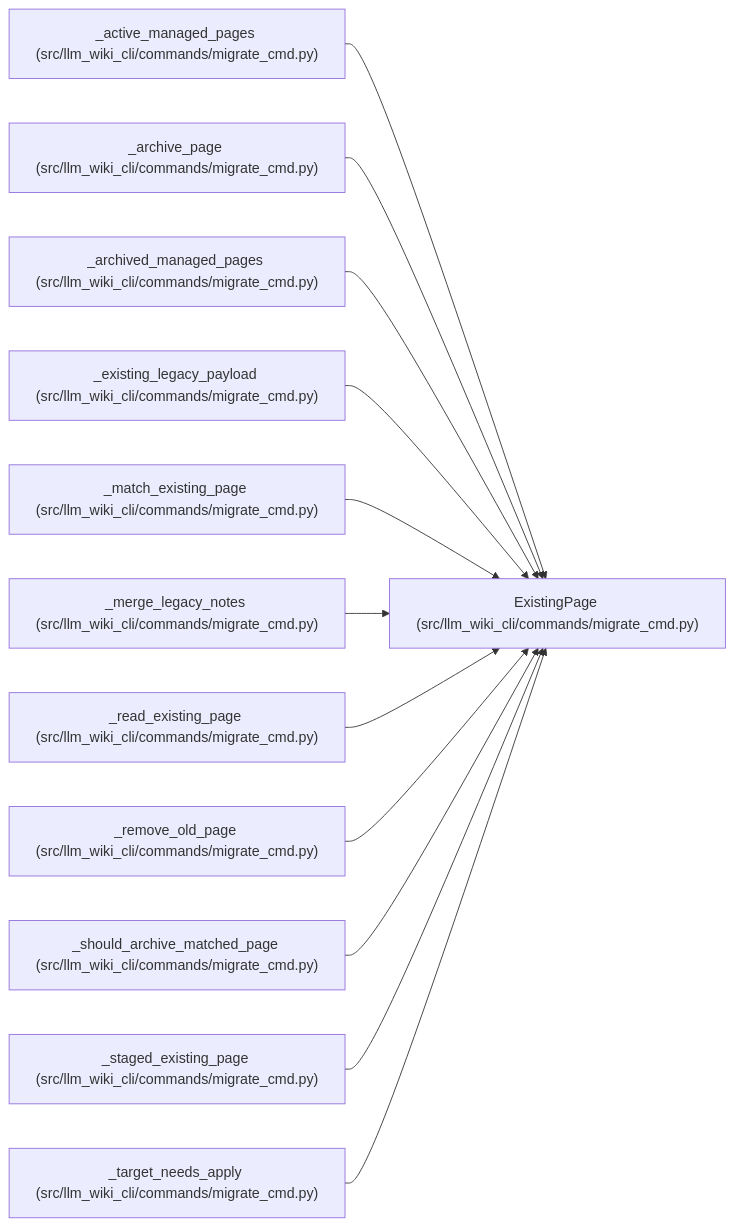
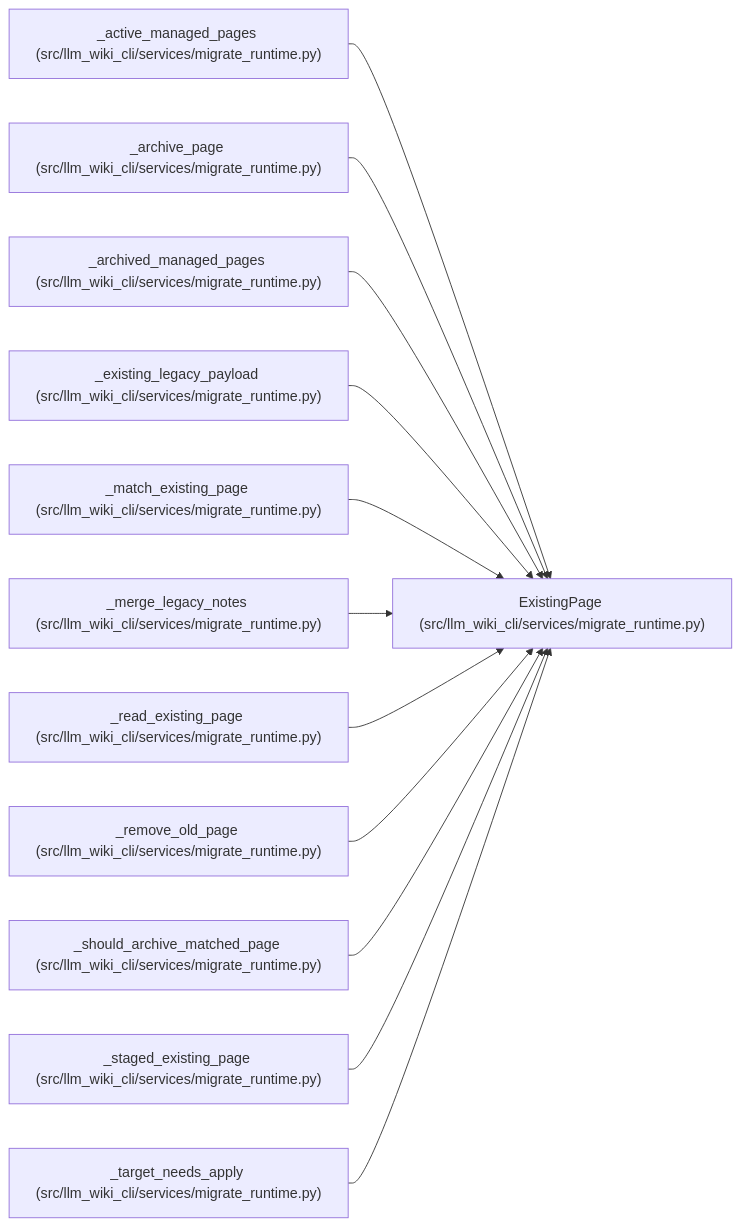
The diagram in docs/llm_wiki/entities/ExistingPage.md (Denissvgn/python-wiki-llm), drawn with Mermaid before and after one commit. The commit also changed other lines of this file and 1555 other files, not shown here.

````diff
--- a/docs/llm_wiki/entities/ExistingPage.md
+++ b/docs/llm_wiki/entities/ExistingPage.md
@@ -36,38 +36,38 @@
 ```mermaid
 flowchart LR
-    n0["ExistingPage (src/llm_wiki_cli/commands/migrate_cmd.py)"]
-    n1["_active_managed_pages (src/llm_wiki_cli/commands/migrate_cmd.py)"]
-    n2["_archive_page (src/llm_wiki_cli/commands/migrate_cmd.py)"]
-    n3["_archived_managed_pages (src/llm_wiki_cli/commands/migrate_cmd.py)"]
-    n4["_existing_legacy_payload (src/llm_wiki_cli/commands/migrate_cmd.py)"]
-    n5["_match_existing_page (src/llm_wiki_cli/commands/migrate_cmd.py)"]
-    n6["_merge_legacy_notes (src/llm_wiki_cli/commands/migrate_cmd.py)"]
-    n7["_read_existing_page (src/llm_wiki_cli/commands/migrate_cmd.py)"]
-    n8["_remove_old_page (src/llm_wiki_cli/commands/migrate_cmd.py)"]
-    n9["_should_archive_matched_page (src/llm_wiki_cli/commands/migrate_cmd.py)"]
-    n10["_staged_existing_page (src/llm_wiki_cli/commands/migrate_cmd.py)"]
-    n11["_target_needs_apply (src/llm_wiki_cli/commands/migrate_cmd.py)"]
+    n0["ExistingPage (src/llm_wiki_cli/services/migrate_runtime.py)"]
+    n1["_active_managed_pages (src/llm_wiki_cli/services/migrate_runtime.py)"]
+    n2["_archive_page (src/llm_wiki_cli/services/migrate_runtime.py)"]
+    n3["_archived_managed_pages (src/llm_wiki_cli/services/migrate_runtime.py)"]
+    n4["_existing_legacy_payload (src/llm_wiki_cli/services/migrate_runtime.py)"]
+    n5["_match_existing_page (src/llm_wiki_cli/services/migrate_runtime.py)"]
+    n6["_merge_legacy_notes (src/llm_wiki_cli/services/migrate_runtime.py)"]
+    n7["_read_existing_page (src/llm_wiki_cli/services/migrate_runtime.py)"]
+    n8["_remove_old_page (src/llm_wiki_cli/services/migrate_runtime.py)"]
+    n9["_should_archive_matched_page (src/llm_wiki_cli/services/migrate_runtime.py)"]
+    n10["_staged_existing_page (src/llm_wiki_cli/services/migrate_runtime.py)"]
+    n11["_target_needs_apply (src/llm_wiki_cli/services/migrate_runtime.py)"]
     n1 --> n0
     n2 --> n0
     n3 --> n0
     n4 --> n0
     n5 --> n0
     n6 --> n0
     n7 --> n0
     n8 --> n0
     n9 --> n0
     n10 --> n0
     n11 --> n0
-    click n0 "../modules/migrate_cmd.md"
-    click n1 "../modules/migrate_cmd.md"
-    click n2 "../modules/migrate_cmd.md"
-    click n3 "../modules/migrate_cmd.md"
-    click n4 "../modules/migrate_cmd.md"
-    click n5 "../modules/migrate_cmd.md"
-    click n6 "../modules/migrate_cmd.md"
-    click n7 "../modules/migrate_cmd.md"
-    click n8 "../modules/migrate_cmd.md"
-    click n9 "../modules/migrate_cmd.md"
-    click n10 "../modules/migrate_cmd.md"
-    click n11 "../modules/migrate_cmd.md"
+    click n0 "../modules/migrate_runtime.md"
+    click n1 "../modules/migrate_runtime.md"
+    click n2 "../modules/migrate_runtime.md"
+    click n3 "../modules/migrate_runtime.md"
+    click n4 "../modules/migrate_runtime.md"
+    click n5 "../modules/migrate_runtime.md"
+    click n6 "../modules/migrate_runtime.md"
+    click n7 "../modules/migrate_runtime.md"
+    click n8 "../modules/migrate_runtime.md"
+    click n9 "../modules/migrate_runtime.md"
+    click n10 "../modules/migrate_runtime.md"
+    click n11 "../modules/migrate_runtime.md"
 ```
````
